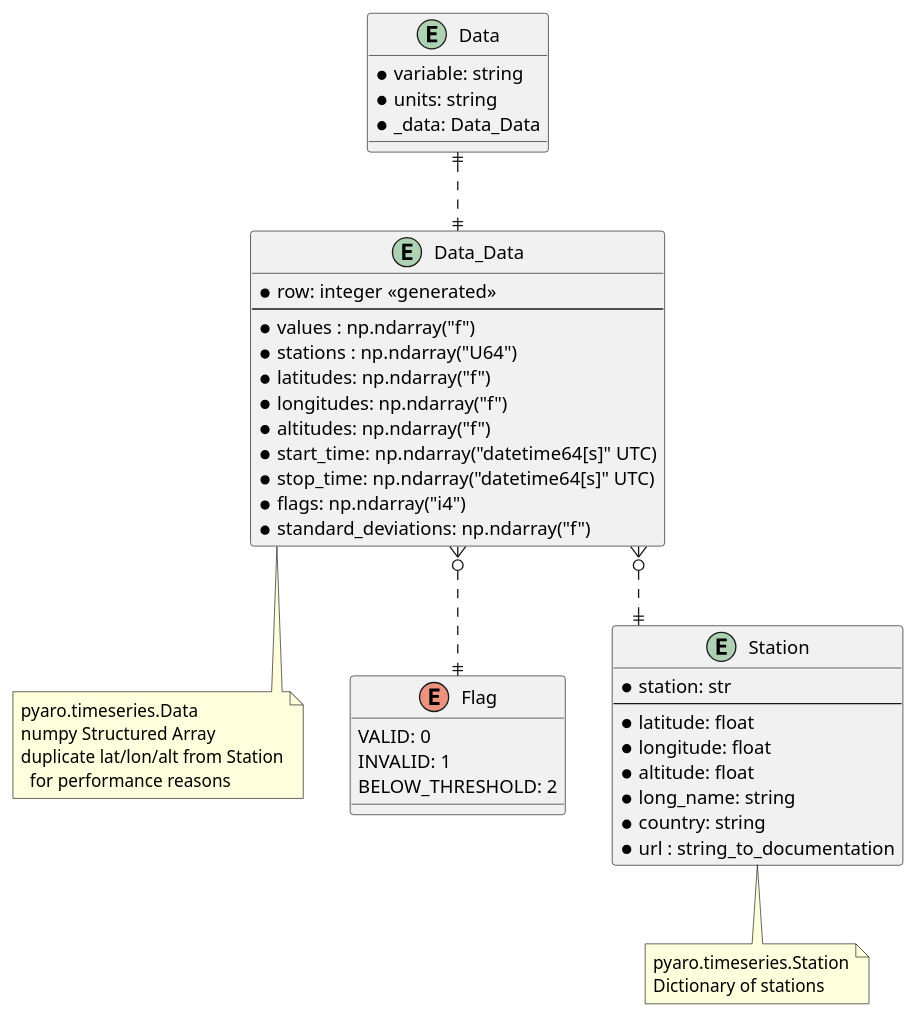
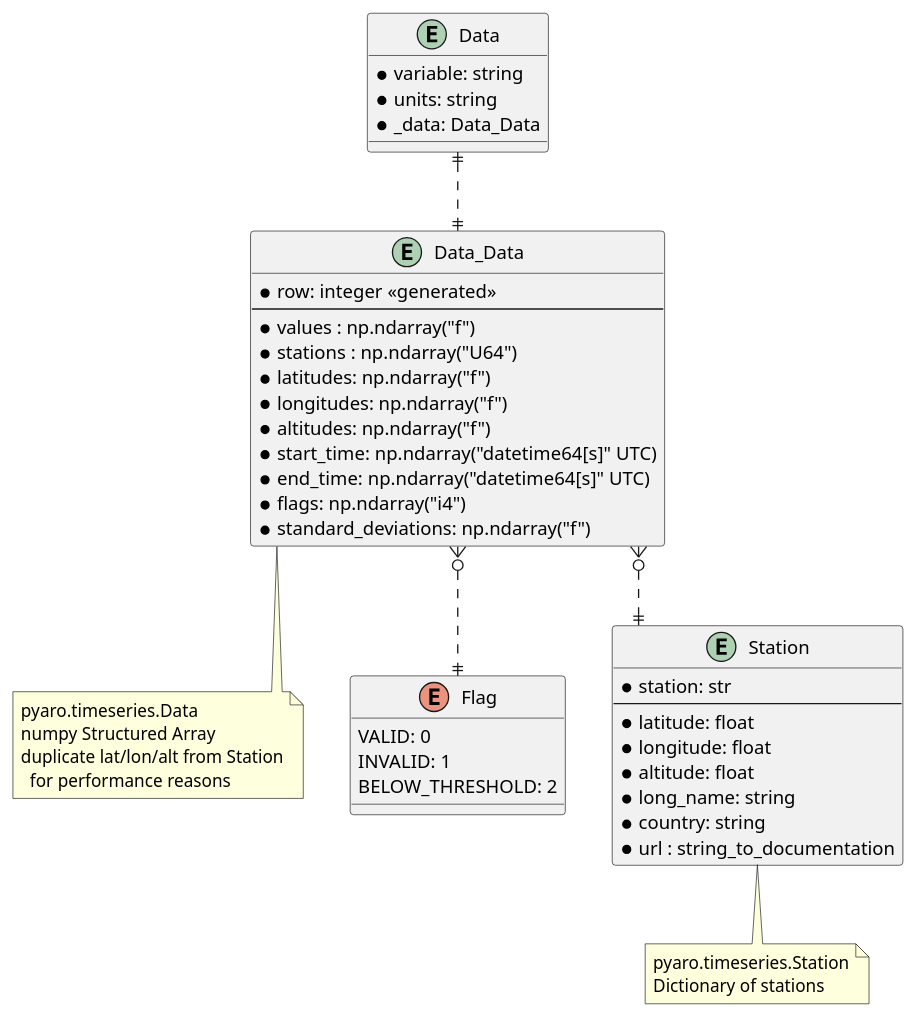
Before and after one commit to metno/pyaro: the diagram in docs/puml/TimeseriesReaderData.puml, drawn with PlantUML. The commit also changed 1 other file, not shown here.

Commit message:
consequently using end_time, dropping stop_time

```diff
--- a/docs/puml/TimeseriesReaderData.puml
+++ b/docs/puml/TimeseriesReaderData.puml
@@ -1,68 +1,68 @@
 @startuml
 ' hide the spot
 ' hide circle
 
 ' avoid problems with angled crows feet
 skinparam linetype ortho
 
 entity "Data" {
   *variable: string
   *units: string
   *_data: Data_Data
 }
 
 entity "Data_Data" {
   *row: integer <<generated>>
   --
   *values : np.ndarray("f")
   *stations : np.ndarray("U64")
   *latitudes: np.ndarray("f")
   *longitudes: np.ndarray("f")
   *altitudes: np.ndarray("f")
   *start_time: np.ndarray("datetime64[s]" UTC)
-  *stop_time: np.ndarray("datetime64[s]" UTC)
+  *end_time: np.ndarray("datetime64[s]" UTC)
   *flags: np.ndarray("i4")
   *standard_deviations: np.ndarray("f")
 }
 note bottom of Data_Data
 pyaro.timeseries.Data
 numpy Structured Array
 duplicate lat/lon/alt from Station
   for performance reasons
 end note
 
 enum "Flag" {
   VALID: 0
   INVALID: 1
   BELOW_THRESHOLD: 2
 }
 
 entity "Station" {
   *station: str
   --
   *latitude: float
   *longitude: float
   *altitude: float
   *long_name: string
   *country: string
   *url : string_to_documentation
 }
 note bottom of Station
 pyaro.timeseries.Station
 Dictionary of stations
 end note
 
 ' entity "Variable" {
 '   *variable: string
 '   *units: string
 ' }
 ' note right of Variable
 ' Dictionary
 ' end note
 
 Data ||..|| Data_Data
 Data_Data }o..|| Station
 Data_Data }o..|| Flag
 ' TimeseriesReaderData }o..|| Variable
 
 @enduml
```
